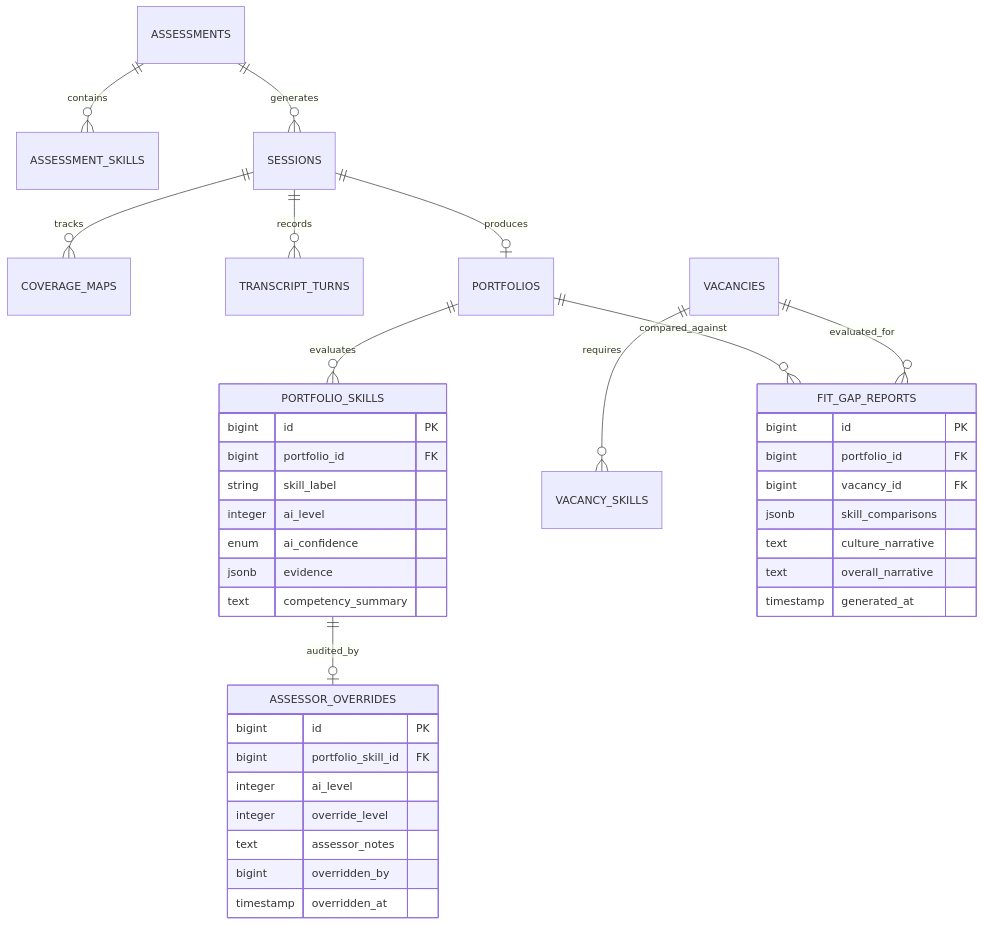
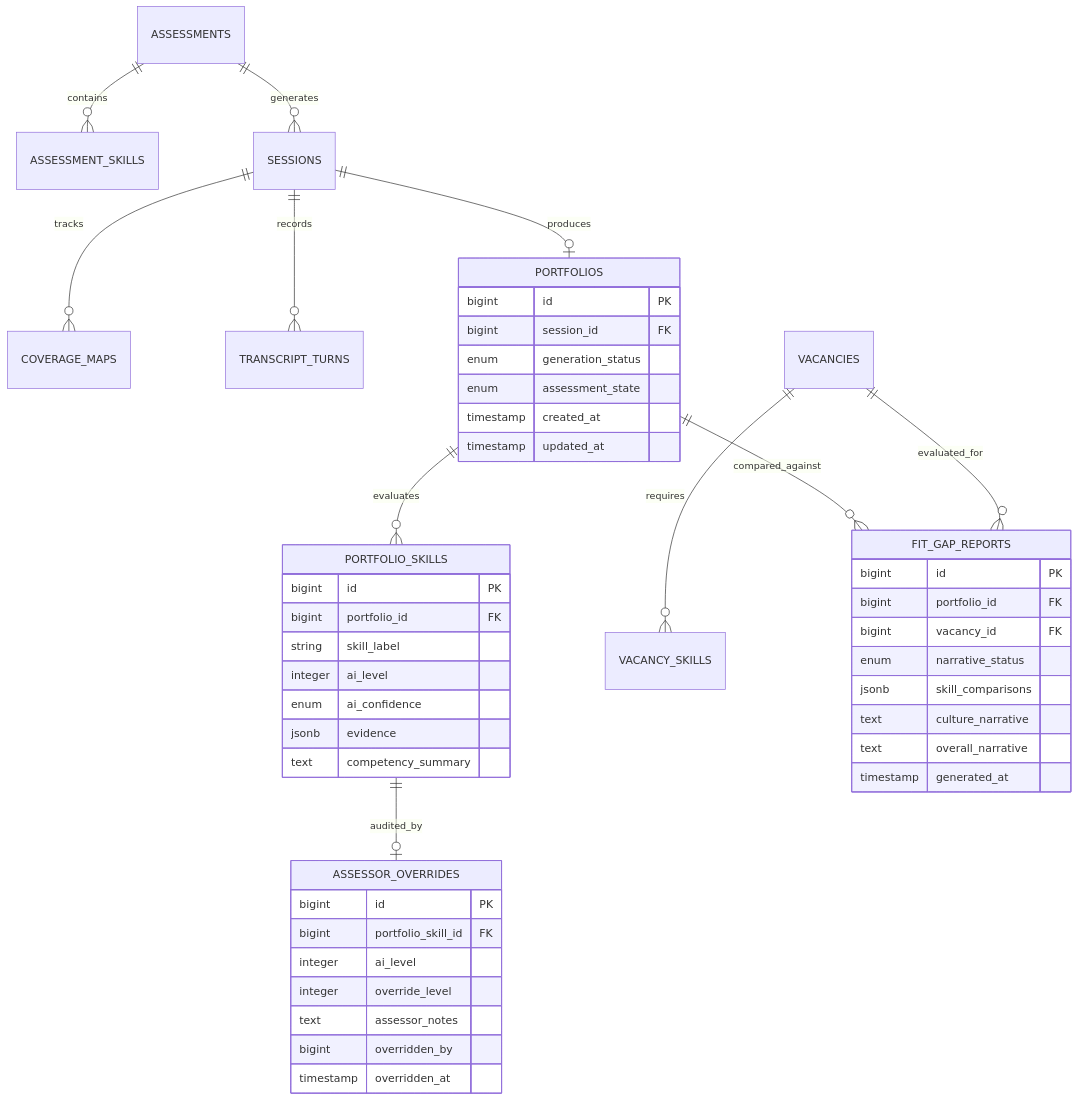
One commit to ferdianqbl/ai-interview-platform changed the second of 2 diagrams in assessment/BACKEND_ARCHITECTURE.md. Above: the diagram before and after it, drawn with Mermaid. The commit also changed other lines of this file and 7 other files, not shown here.

Commit message:
docs(assessment): update PRD, architecture specs, validation matrix, script, and PDF report

````diff
--- a/assessment/BACKEND_ARCHITECTURE.md
+++ b/assessment/BACKEND_ARCHITECTURE.md
@@ -137,43 +150,53 @@
 ```mermaid
 erDiagram
     ASSESSMENTS ||--o{ ASSESSMENT_SKILLS : contains
     ASSESSMENTS ||--o{ SESSIONS : generates
     SESSIONS ||--o{ COVERAGE_MAPS : tracks
     SESSIONS ||--o{ TRANSCRIPT_TURNS : records
     SESSIONS ||--o| PORTFOLIOS : produces
     PORTFOLIOS ||--o{ PORTFOLIO_SKILLS : evaluates
     PORTFOLIO_SKILLS ||--o| ASSESSOR_OVERRIDES : audited_by
     VACANCIES ||--o{ VACANCY_SKILLS : requires
     PORTFOLIOS ||--o{ FIT_GAP_REPORTS : compared_against
     VACANCIES ||--o{ FIT_GAP_REPORTS : evaluated_for
+
+    PORTFOLIOS {
+        bigint id PK
+        bigint session_id FK
+        enum generation_status
+        enum assessment_state
+        timestamp created_at
+        timestamp updated_at
+    }
 
     PORTFOLIO_SKILLS {
         bigint id PK
         bigint portfolio_id FK
         string skill_label
         integer ai_level
         enum ai_confidence
         jsonb evidence
         text competency_summary
     }
 
     ASSESSOR_OVERRIDES {
         bigint id PK
         bigint portfolio_skill_id FK
         integer ai_level
         integer override_level
         text assessor_notes
         bigint overridden_by
         timestamp overridden_at
     }
 
     FIT_GAP_REPORTS {
         bigint id PK
         bigint portfolio_id FK
         bigint vacancy_id FK
+        enum narrative_status
         jsonb skill_comparisons
         text culture_narrative
         text overall_narrative
         timestamp generated_at
     }
 ```
````
